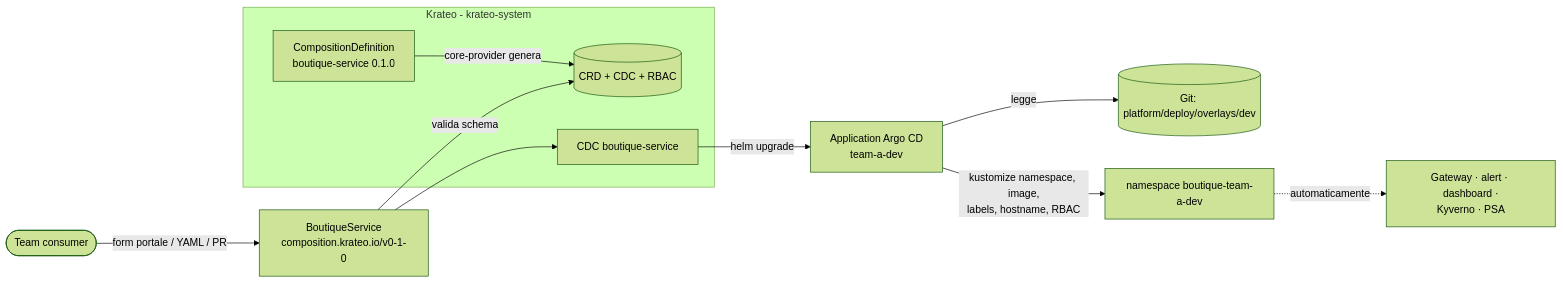
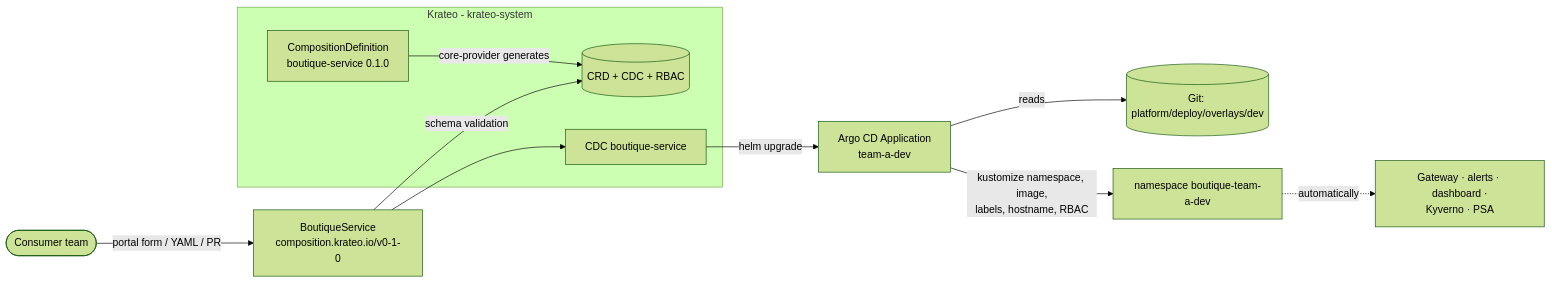
One commit to gdescalzo2/microservices-demo changed the diagram in docs/challenge/krateo.md. Above: the diagram before and after it, drawn with Mermaid (forest theme). The commit also changed other lines of this file and 6 other files, not shown here.

````diff
--- a/docs/challenge/krateo.md
+++ b/docs/challenge/krateo.md
@@ -61,13 +64,13 @@
 ```mermaid
 flowchart LR
-  team([Team consumer]) -- form portale / YAML / PR --> cr[BoutiqueService<br/>composition.krateo.io/v0-1-0]
+  team([Consumer team]) -- portal form / YAML / PR --> cr[BoutiqueService<br/>composition.krateo.io/v0-1-0]
   subgraph krateo[Krateo - krateo-system]
-    cd[CompositionDefinition<br/>boutique-service 0.1.0] -- core-provider genera --> crd[(CRD + CDC + RBAC)]
+    cd[CompositionDefinition<br/>boutique-service 0.1.0] -- core-provider generates --> crd[(CRD + CDC + RBAC)]
     cdc[CDC boutique-service]
   end
-  cr -- valida schema --> crd
-  cr --> cdc -- helm upgrade --> app[Application Argo CD<br/>team-a-dev]
-  app -- legge --> git[(Git: platform/deploy/overlays/dev)]
+  cr -- schema validation --> crd
+  cr --> cdc -- helm upgrade --> app[Argo CD Application<br/>team-a-dev]
+  app -- reads --> git[(Git: platform/deploy/overlays/dev)]
   app -- kustomize namespace, image,<br/>labels, hostname, RBAC --> ns[namespace boutique-team-a-dev]
-  ns -. automaticamente .-> plat[Gateway · alert · dashboard ·<br/>Kyverno · PSA]
+  ns -. automatically .-> plat[Gateway · alerts · dashboard ·<br/>Kyverno · PSA]
 ```
````
